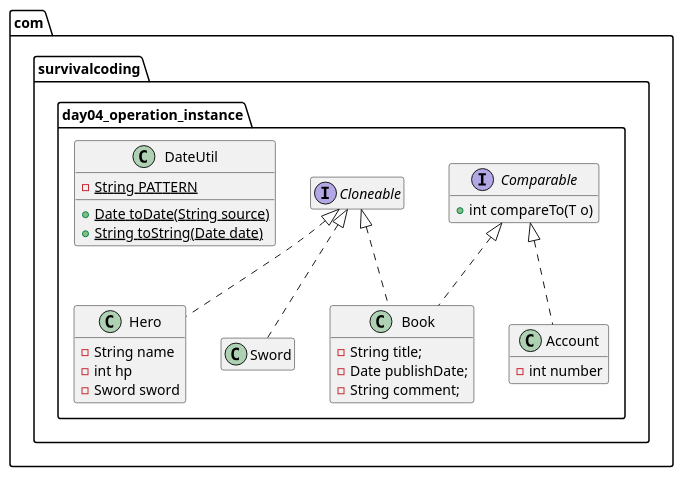
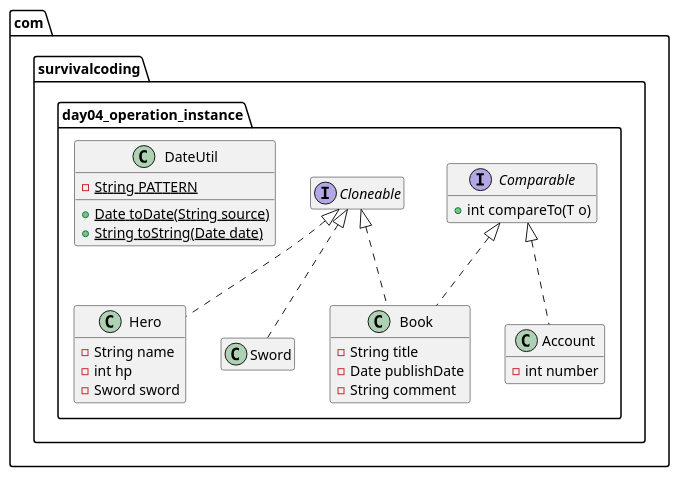
One commit to SurvivalCodingCampus/gangnam3-java-oop changed the diagram in docs/day04_operation_instance.puml. Above: the diagram before and after it, drawn with PlantUML. The commit also changed 1 other file, not shown here.

Commit message:
docs: Day 10 클래스 다이어그램 Book 필드 세미콜론 제거

```diff
--- a/docs/day04_operation_instance.puml
+++ b/docs/day04_operation_instance.puml
@@ -1,43 +1,43 @@
 @startuml day04_operation_instance
 scale 1
 hide empty members
 
 package "com.survivalcoding.day04_operation_instance" {
 
     class Account implements Comparable {
         - int number
     }
 
     class Hero implements Cloneable {
         - String name
         - int hp
         - Sword sword
     }
 
     class Sword implements Cloneable {
 
     }
 
     class Book implements Comparable, Cloneable {
-        - String title;
-        - Date publishDate;
-        - String comment;
+        - String title
+        - Date publishDate
+        - String comment
     }
 
     class DateUtil {
         {static} - String PATTERN
 
         {static} + Date toDate(String source)
         {static} + String toString(Date date)
     }
 
     interface Comparable {
         + int compareTo(T o)
     }
 
     interface Cloneable {
 
     }
 }
 
 @enduml
```
